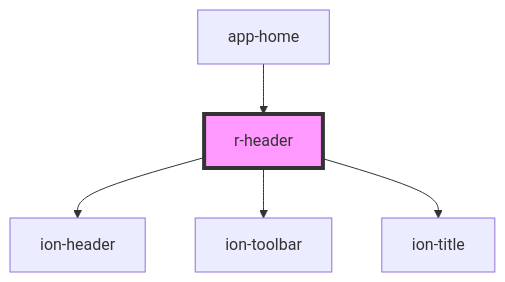
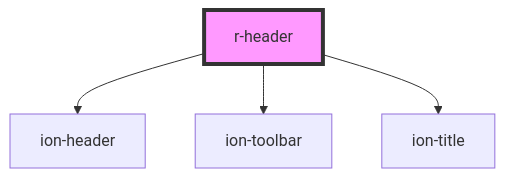
Before and after one commit to refactico/design-system: the diagram in src/components/r-header/readme.md, drawn with Mermaid. The commit also changed other lines of this file and 27 other files, not shown here.

First line of the commit message:
chore: update component dependencies and documentation for app-home

````diff
--- a/src/components/r-header/readme.md
+++ b/src/components/r-header/readme.md
@@ -100,8 +96,7 @@
 ```mermaid
 graph TD;
   r-header --> ion-header
   r-header --> ion-toolbar
   r-header --> ion-title
-  app-home --> r-header
   style r-header fill:#f9f,stroke:#333,stroke-width:4px
 ```
````
